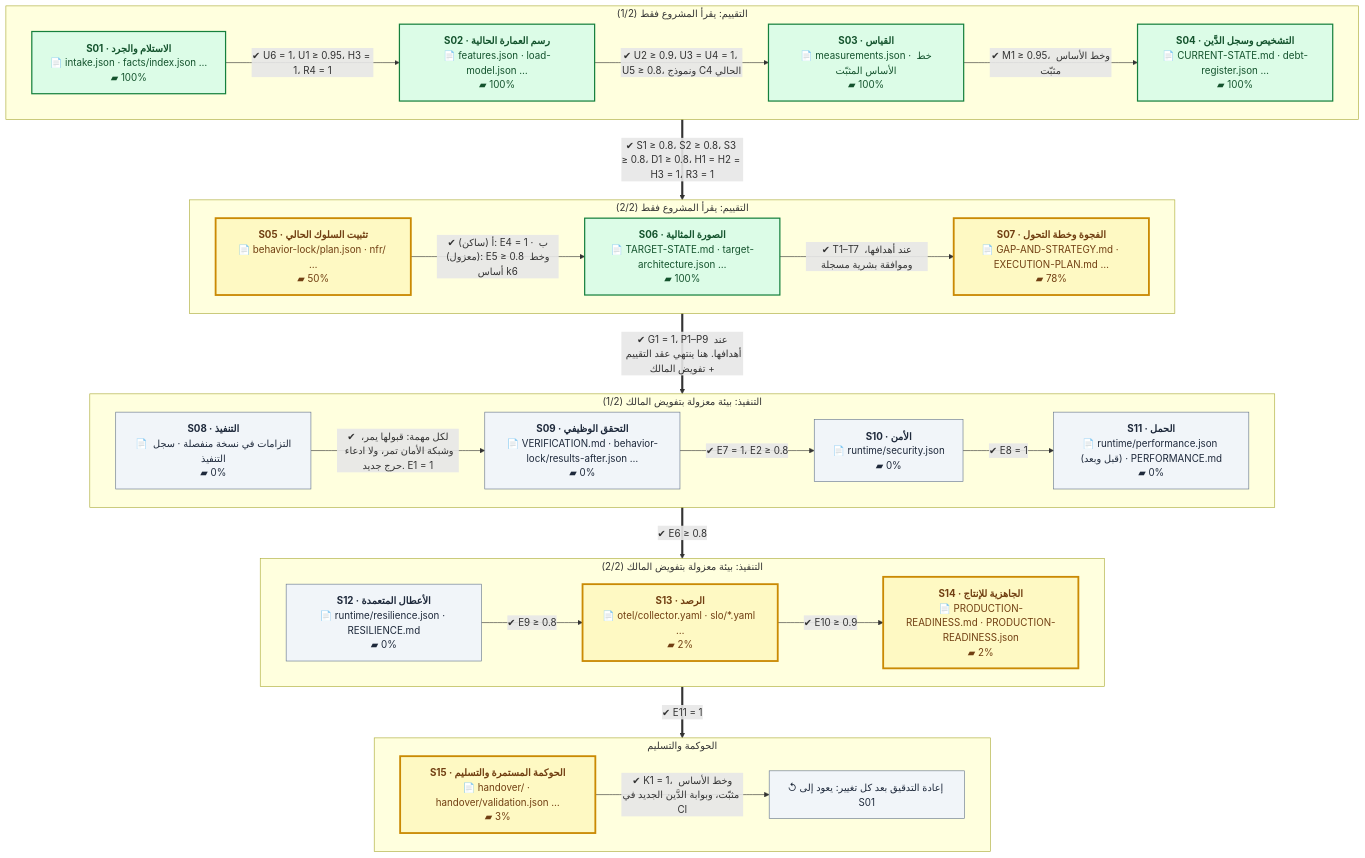
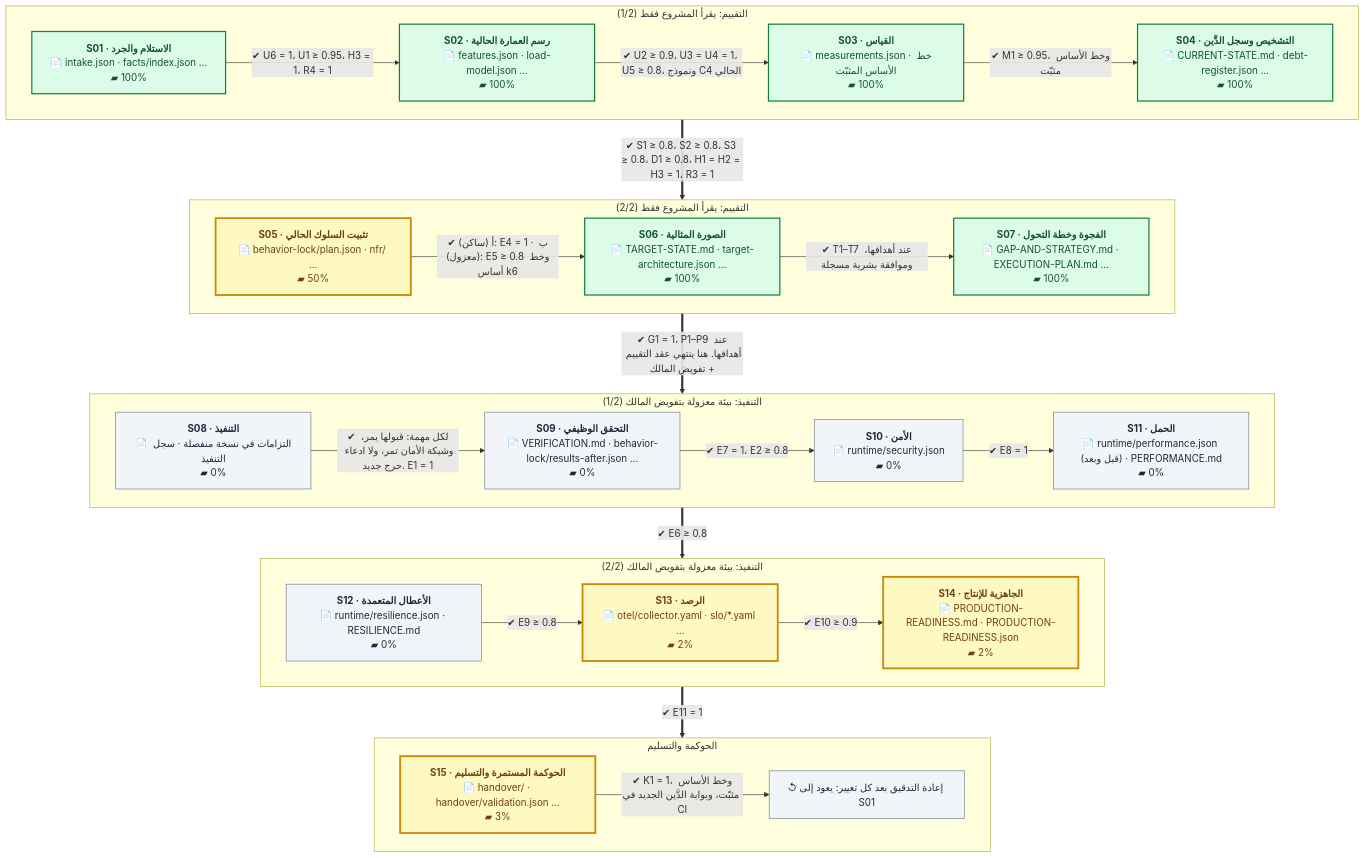
Before and after one commit to eom1417/engineering-audit-os: the first of 2 diagrams in README.md, drawn with Mermaid. The commit also changed other lines of this file and 24 other files, not shown here.

````diff
--- a/README.md
+++ b/README.md
@@ -52,54 +52,54 @@
 ```mermaid
 %%{init: {'flowchart': {'wrappingWidth': 260, 'nodeSpacing': 40, 'rankSpacing': 60}}}%%
 flowchart TB
     subgraph P1["التقييم: يقرأ المشروع فقط (1/2)"]
         direction LR
         S01["<b>S01 · الاستلام والجرد</b><br/>📄 intake.json · facts/index.json …<br/>▰ 100%"]:::done
         S02["<b>S02 · رسم العمارة الحالية</b><br/>📄 features.json · load-model.json …<br/>▰ 100%"]:::done
         S03["<b>S03 · القياس</b><br/>📄 measurements.json · خط الأساس المثبّت<br/>▰ 100%"]:::done
         S04["<b>S04 · التشخيص وسجل الدَّين</b><br/>📄 CURRENT-STATE.md · debt-register.json …<br/>▰ 100%"]:::done
         S01 -->|"✔ U6 = 1، U1 ≥ 0.95، H3 = 1، R4 = 1"| S02
         S02 -->|"✔ U2 ≥ 0.9، U3 = U4 = 1، U5 ≥ 0.8، ونموذج C4 الحالي"| S03
         S03 -->|"✔ M1 ≥ 0.95، وخط الأساس مثبّت"| S04
     end
     subgraph P2["التقييم: يقرأ المشروع فقط (2/2)"]
         direction LR
         S05["<b>S05 · تثبيت السلوك الحالي</b><br/>📄 behavior-lock/plan.json · nfr/ …<br/>▰ 50%"]:::current
         S06["<b>S06 · الصورة المثالية</b><br/>📄 TARGET-STATE.md · target-architecture.json …<br/>▰ 100%"]:::done
-        S07["<b>S07 · الفجوة وخطة التحول</b><br/>📄 GAP-AND-STRATEGY.md · EXECUTION-PLAN.md …<br/>▰ 78%"]:::current
+        S07["<b>S07 · الفجوة وخطة التحول</b><br/>📄 GAP-AND-STRATEGY.md · EXECUTION-PLAN.md …<br/>▰ 100%"]:::done
         S05 -->|"✔ أ (ساكن): E4 = 1 · ب (معزول): E5 ≥ 0.8 وخط أساس k6"| S06
         S06 -->|"✔ T1–T7 عند أهدافها، وموافقة بشرية مسجلة"| S07
     end
     subgraph P3["التنفيذ: بيئة معزولة بتفويض المالك (1/2)"]
         direction LR
         S08["<b>S08 · التنفيذ</b><br/>📄 التزامات في نسخة منفصلة · سجل التنفيذ<br/>▰ 0%"]:::next
         S09["<b>S09 · التحقق الوظيفي</b><br/>📄 VERIFICATION.md · behavior-lock/results-after.json …<br/>▰ 0%"]:::next
         S10["<b>S10 · الأمن</b><br/>📄 runtime/security.json<br/>▰ 0%"]:::next
         S11["<b>S11 · الحمل</b><br/>📄 runtime/performance.json (قبل وبعد) · PERFORMANCE.md<br/>▰ 0%"]:::next
         S08 -->|"✔ لكل مهمة: قبولها يمر، وشبكة الأمان تمر، ولا ادعاء حرج جديد. E1 = 1"| S09
         S09 -->|"✔ E7 = 1، E2 ≥ 0.8"| S10
         S10 -->|"✔ E8 = 1"| S11
     end
     subgraph P4["التنفيذ: بيئة معزولة بتفويض المالك (2/2)"]
         direction LR
         S12["<b>S12 · الأعطال المتعمدة</b><br/>📄 runtime/resilience.json · RESILIENCE.md<br/>▰ 0%"]:::next
         S13["<b>S13 · الرصد</b><br/>📄 otel/collector.yaml · slo/*.yaml …<br/>▰ 2%"]:::current
         S14["<b>S14 · الجاهزية للإنتاج</b><br/>📄 PRODUCTION-READINESS.md · PRODUCTION-READINESS.json<br/>▰ 2%"]:::current
         S12 -->|"✔ E9 ≥ 0.8"| S13
         S13 -->|"✔ E10 ≥ 0.9"| S14
     end
     subgraph P5["الحوكمة والتسليم"]
         direction LR
         S15["<b>S15 · الحوكمة المستمرة والتسليم</b><br/>📄 handover/ · handover/validation.json …<br/>▰ 3%"]:::current
         LOOP["↺ إعادة التدقيق بعد كل تغيير: يعود إلى S01"]:::next
         S15 -->|"✔ K1 = 1، وخط الأساس مثبّت، وبوابة الدَّين الجديد في CI"| LOOP
     end
     P1 ==>|"✔ S1 ≥ 0.8، S2 ≥ 0.8، S3 ≥ 0.8، D1 ≥ 0.8، H1 = H2 = H3 = 1، R3 = 1"| P2
     P2 ==>|"✔ G1 = 1، P1–P9 عند أهدافها. هنا ينتهي عقد التقييم + تفويض المالك"| P3
     P3 ==>|"✔ E6 ≥ 0.8"| P4
     P4 ==>|"✔ E11 = 1"| P5
     classDef done fill:#dcfce7,stroke:#15803d,color:#14532d,stroke-width:2px
     classDef current fill:#fef9c3,stroke:#ca8a04,color:#713f12,stroke-width:3px
     classDef next fill:#f1f5f9,stroke:#64748b,color:#1e293b
     classDef owner fill:#fee2e2,stroke:#b91c1c,color:#7f1d1d,stroke-dasharray:5 3
 ```
````
